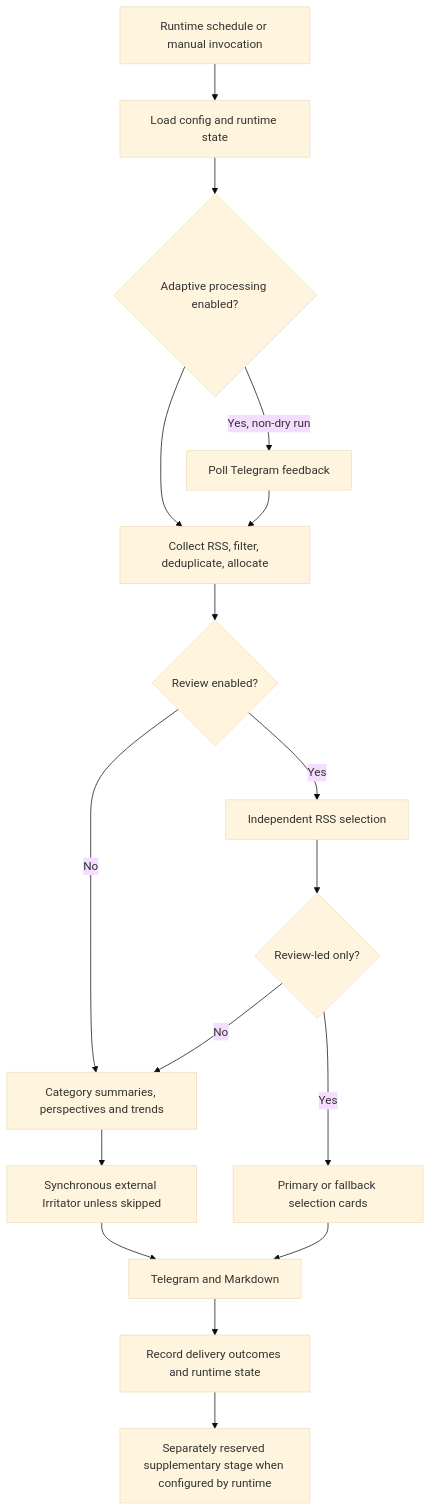
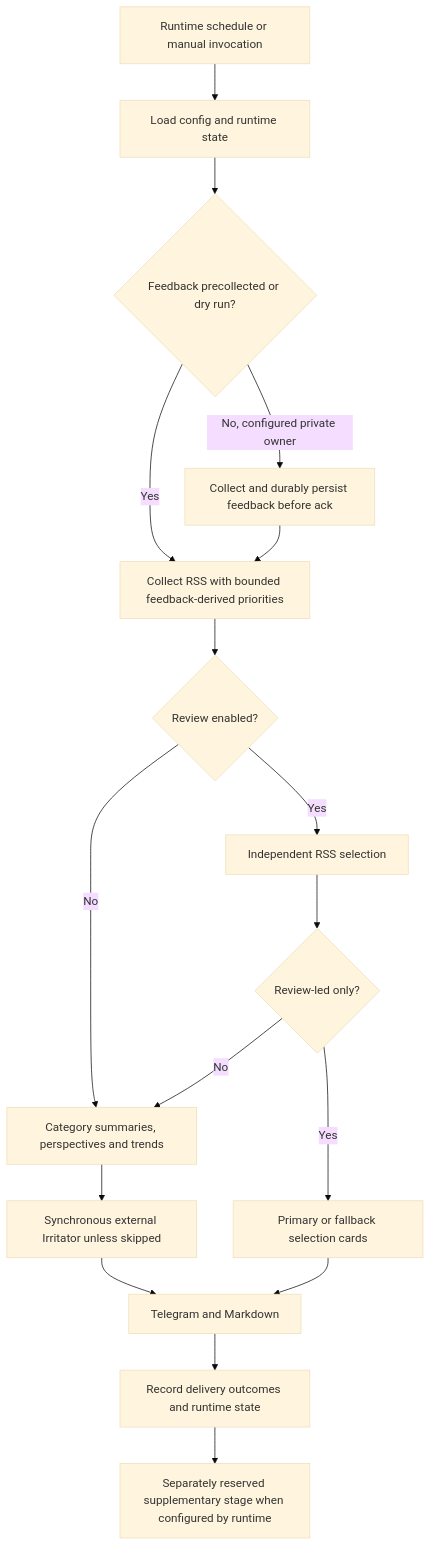
One commit to Lenivvenil/digest changed the diagram in docs/ARCHITECTURE.md. Above: the diagram before and after it, drawn with Mermaid (base theme). The commit also changed other lines of this file and 4 other files, not shown here.

````diff
--- a/docs/ARCHITECTURE.md
+++ b/docs/ARCHITECTURE.md
@@ -28,19 +28,19 @@
 ```mermaid
 flowchart TD
     RUN[Runtime schedule or manual invocation] --> CFG[Load config and runtime state]
-    CFG --> FB{Adaptive processing enabled?}
-    FB -->|Yes, non-dry run| POLL[Poll Telegram feedback]
-    FB --> COL[Collect RSS, filter, deduplicate, allocate]
+    CFG --> FB{Feedback precollected or dry run?}
+    FB -->|No, configured private owner| POLL[Collect and durably persist feedback before ack]
+    FB -->|Yes| COL[Collect RSS with bounded feedback-derived priorities]
     POLL --> COL
     COL --> MODE{Review enabled?}
     MODE -->|No| CAT[Category summaries, perspectives and trends]
     MODE -->|Yes| REV[Independent RSS selection]
     REV --> RLO{Review-led only?}
     RLO -->|No| CAT
     RLO -->|Yes| PRIMARY[Primary or fallback selection cards]
     CAT --> SYNC[Synchronous external Irritator unless skipped]
     SYNC --> DELIVERY[Telegram and Markdown]
     PRIMARY --> DELIVERY
     DELIVERY --> RECEIPT[Record delivery outcomes and runtime state]
     RECEIPT --> OPTIONAL[Separately reserved supplementary stage when configured by runtime]
 ```
````
